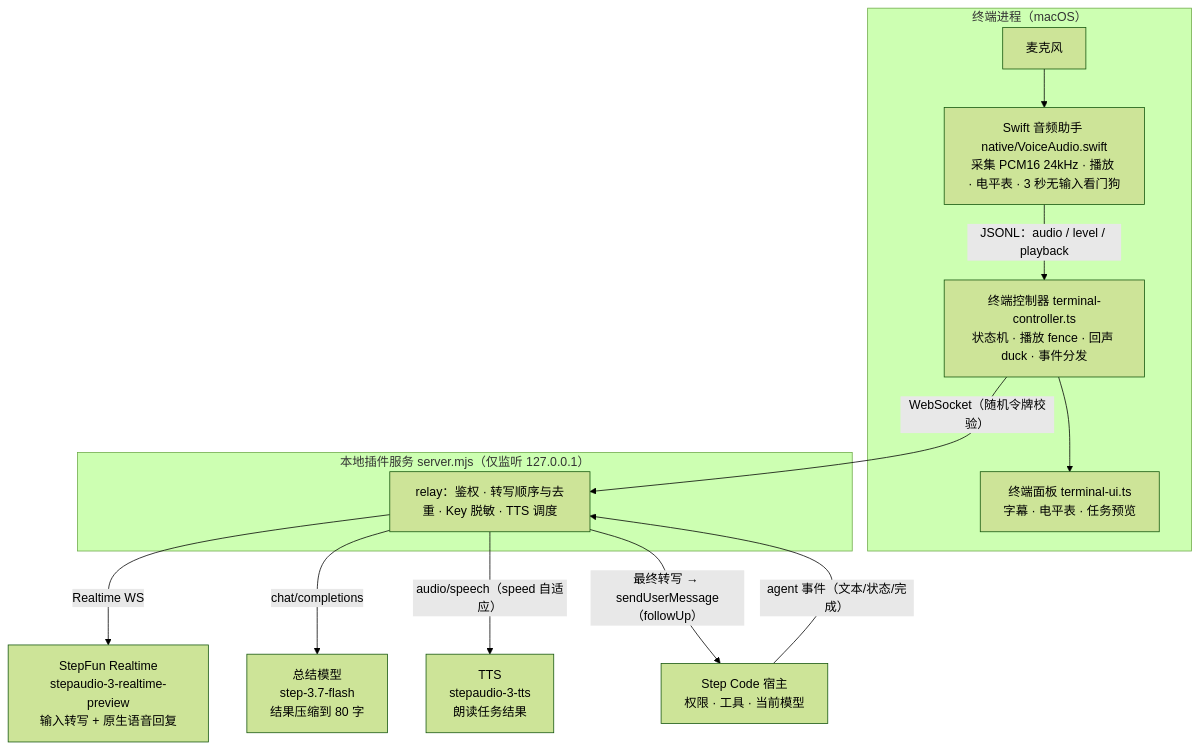
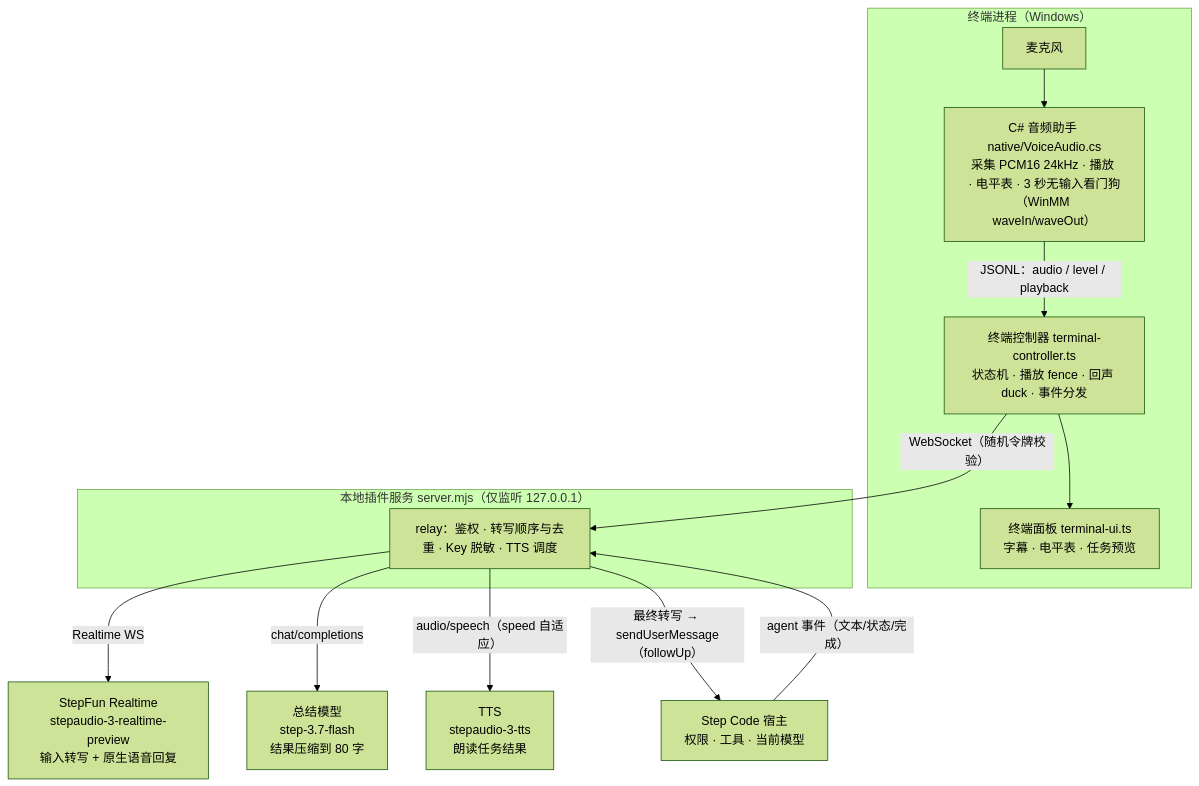
Before and after one commit to Zgh332358/StepFun-Voice: the diagram in README.md, drawn with Mermaid (forest theme). The commit also changed other lines of this file and 20 other files, not shown here.

First line of the commit message:
Add Windows version with WinMM audio and reply subtitles

````diff
--- a/README.md
+++ b/README.md
@@ -18,17 +20,17 @@
 ```mermaid
 flowchart TB
-  subgraph T["终端进程（macOS）"]
-    MIC["麦克风"] --> SW["Swift 音频助手 native/VoiceAudio.swift\n采集 PCM16 24kHz · 播放 · 电平表 · 3 秒无输入看门狗"]
+  subgraph T["终端进程（Windows）"]
+    MIC["麦克风"] --> SW["C# 音频助手 native/VoiceAudio.cs\n采集 PCM16 24kHz · 播放 · 电平表 · 3 秒无输入看门狗（WinMM waveIn/waveOut）"]
     SW -- "JSONL：audio / level / playback" --> CTRL["终端控制器 terminal-controller.ts\n状态机 · 播放 fence · 回声 duck · 事件分发"]
     CTRL --> UI["终端面板 terminal-ui.ts\n字幕 · 电平表 · 任务预览"]
   end
   subgraph P["本地插件服务 server.mjs（仅监听 127.0.0.1）"]
     SERVER["relay：鉴权 · 转写顺序与去重 · Key 脱敏 · TTS 调度"]
   end
   CTRL -- "WebSocket（随机令牌校验）" --> SERVER
   SERVER -- "Realtime WS" --> SF["StepFun Realtime\nstepaudio-3-realtime-preview\n输入转写 + 原生语音回复"]
   SERVER -- "chat/completions" --> LLM["总结模型\nstep-3.7-flash\n结果压缩到 80 字"]
   SERVER -- "audio/speech（speed 自适应）" --> TTS["TTS\nstepaudio-3-tts\n朗读任务结果"]
   SERVER -- "最终转写 → sendUserMessage（followUp）" --> HOST["Step Code 宿主\n权限 · 工具 · 当前模型"]
   HOST -- "agent 事件（文本/状态/完成）" --> SERVER
 ```
````
